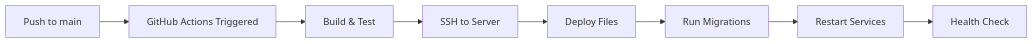
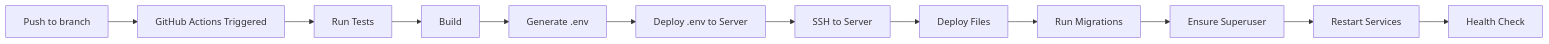
One commit to Second-Book/sbook-proto changed the diagram in docs/deployment-concept.md. Above: the diagram before and after it, drawn with Mermaid. The commit also changed other lines of this file and 1 other file, not shown here.

Commit message:
Revise deployment documentation to reflect changes in automatic deployment triggers, enhance `.env` file management, and clarify superuser creation process. Update installation instructions to include `rsync` and adjust deployment steps for both backend and frontend applications.

````diff
--- a/docs/deployment-concept.md
+++ b/docs/deployment-concept.md
@@ -21,10 +21,14 @@
 ```mermaid
 graph LR
-    A[Push to main] --> B[GitHub Actions Triggered]
-    B --> C[Build & Test]
-    C --> D[SSH to Server]
-    D --> E[Deploy Files]
-    E --> F[Run Migrations]
-    F --> G[Restart Services]
-    G --> H[Health Check]
+    A[Push to branch] --> B[GitHub Actions Triggered]
+    B --> C[Run Tests]
+    C --> D[Build]
+    D --> E[Generate .env]
+    E --> F[Deploy .env to Server]
+    F --> G[SSH to Server]
+    G --> H[Deploy Files]
+    H --> I[Run Migrations]
+    I --> J[Ensure Superuser]
+    J --> K[Restart Services]
+    K --> L[Health Check]
 ```
````
